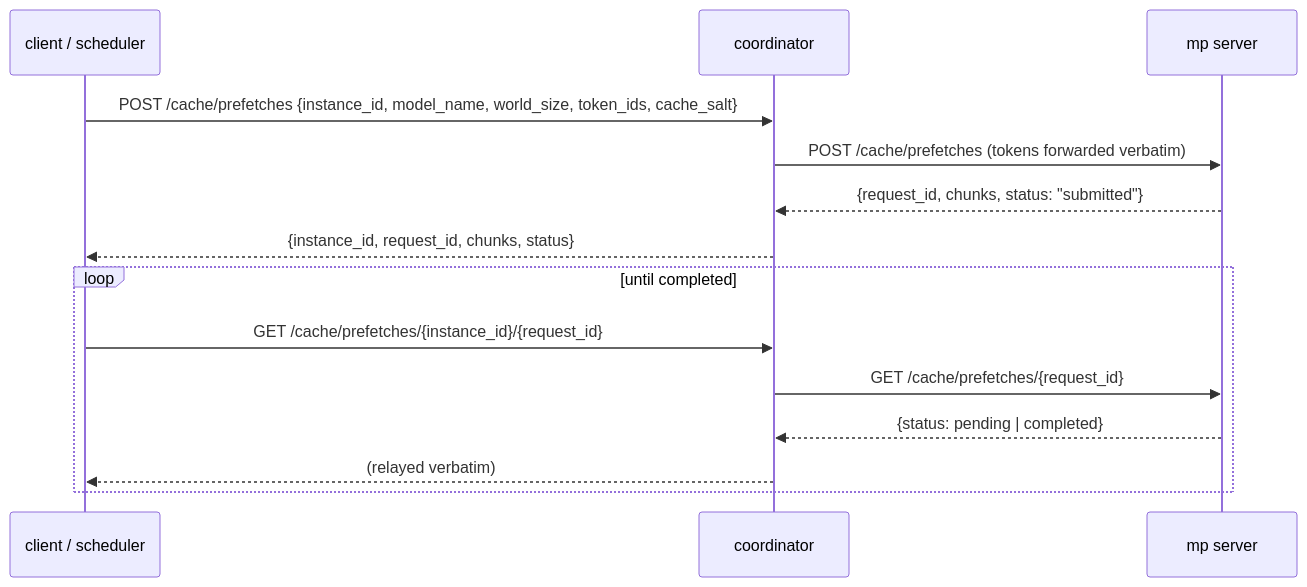
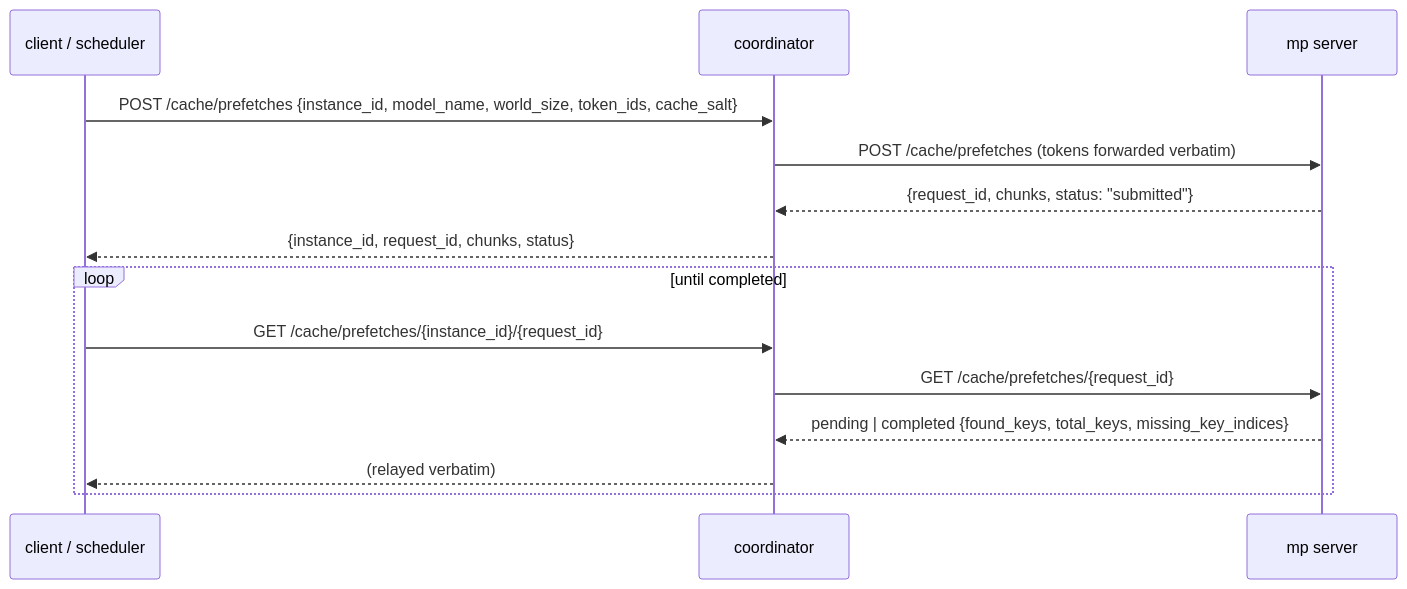
Before and after one commit to LMCache/LMCache: the diagram in docs/design/v1/mp_coordinator/l2_prefetch.md, drawn with Mermaid. The commit also changed other lines of this file and 11 other files, not shown here.

First line of the commit message:
[Bugfix][MP] Fix warm-prefetch outcomes and report missing key indices

````diff
--- a/docs/design/v1/mp_coordinator/l2_prefetch.md
+++ b/docs/design/v1/mp_coordinator/l2_prefetch.md
@@ -12,17 +12,17 @@
 ```mermaid
 sequenceDiagram
     participant Cl as client / scheduler
     participant Co as coordinator
     participant M as mp server
 
     Cl->>Co: POST /cache/prefetches {instance_id, model_name, world_size, token_ids, cache_salt}
     Co->>M: POST /cache/prefetches (tokens forwarded verbatim)
     M-->>Co: {request_id, chunks, status: "submitted"}
     Co-->>Cl: {instance_id, request_id, chunks, status}
     loop until completed
         Cl->>Co: GET /cache/prefetches/{instance_id}/{request_id}
         Co->>M: GET /cache/prefetches/{request_id}
-        M-->>Co: {status: pending | completed}
+        M-->>Co: pending | completed {found_keys, total_keys, missing_key_indices}
         Co-->>Cl: (relayed verbatim)
     end
 ```
````
